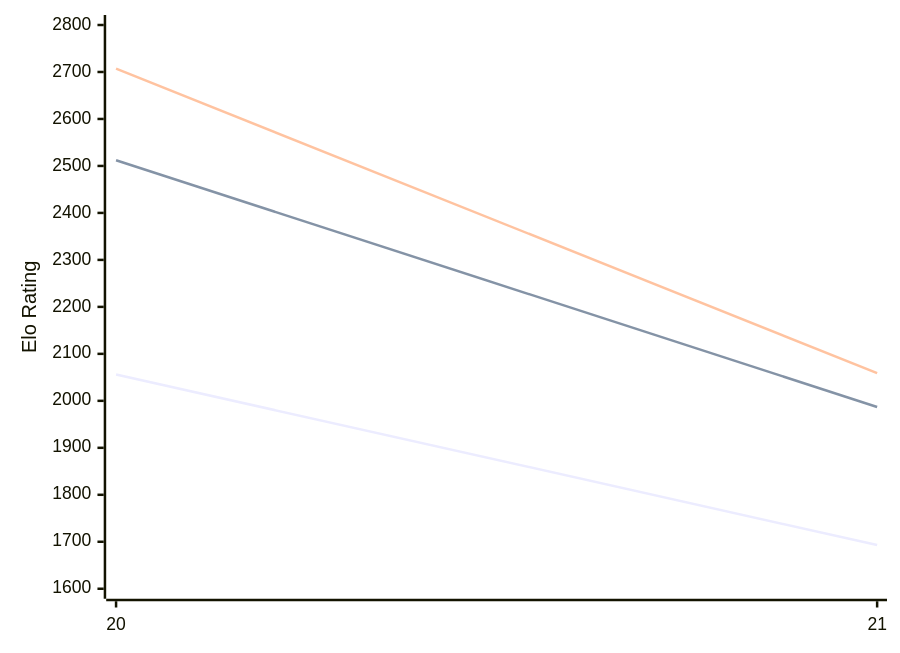
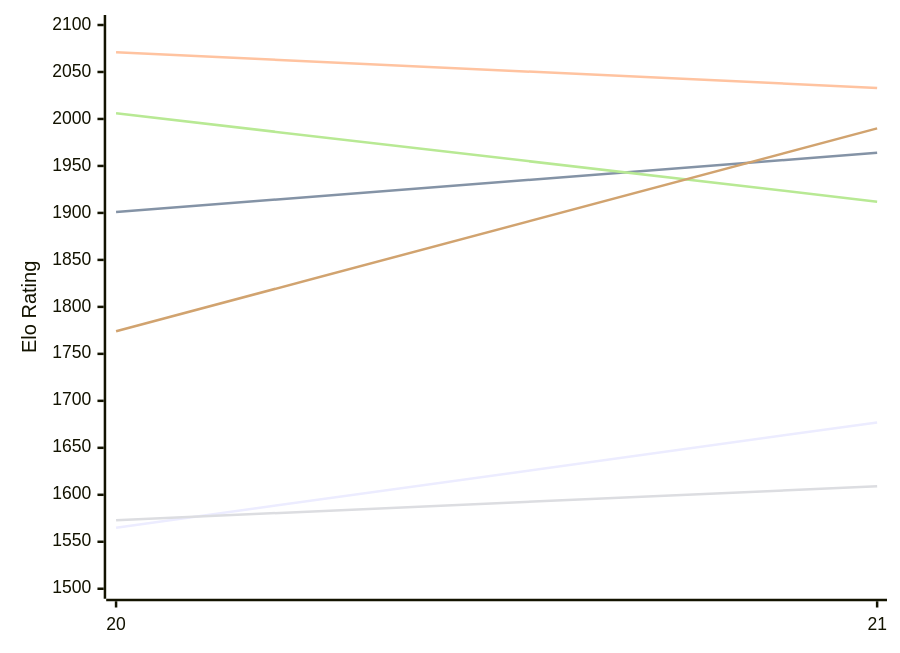
The first of 2 diagrams in engines/PurplePanda.md (computer-chess-index/cci), drawn with Mermaid before and after one commit. The commit also changed other lines of this file, not shown here.

Commit message:
Update CCI Ratings (ELO VLTC) - 2026-11-13

````diff
--- a/engines/PurplePanda.md
+++ b/engines/PurplePanda.md
@@ -50,12 +50,12 @@
 ```mermaid
 %%{init: {"theme":"base","themeVariables":{"seriesColors:['#a3a3a3','#222221','#faa371']}}}%%
 xychart-beta
   x-axis ["20", "21"]
-  y-axis "Elo Rating" 1600 --> 2800
-  line "E1: STC (8.0+0.08s)" [2056, 1693]
-  line "E1: LTC (60.0+0.60s)" [2512, 1987]
-  line "E1: VLTC (2m24s+1.12s)" [2707, 2059]
-  line "P1: STC (8.0+0.08s)" [1659]
-  line "P1: LTC (60.0+0.60s)" [2007]
-  line "P1: VLTC (2m24s+1.12s)" [2088]
+  y-axis "Elo Rating" 1500 --> 2100
+  line "E1: STC (8.0+0.08s)" [1565, 1677]
+  line "E1: LTC (60.0+0.60s)" [1901, 1964]
+  line "E1: VLTC (2m24s+1.12s)" [2071, 2033]
+  line "P1: STC (8.0+0.08s)" [1573, 1609]
+  line "P1: LTC (60.0+0.60s)" [2006, 1912]
+  line "P1: VLTC (2m24s+1.12s)" [1774, 1990]
 ```
````
